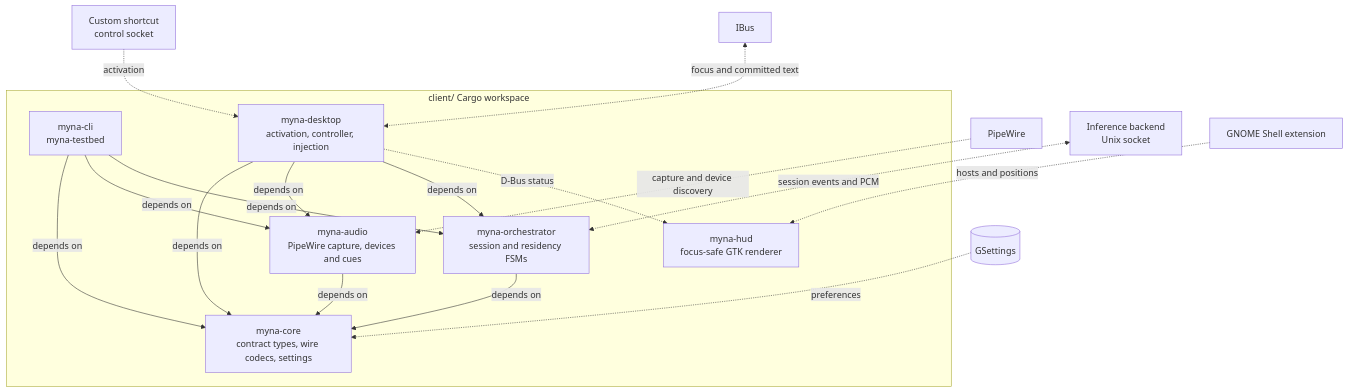
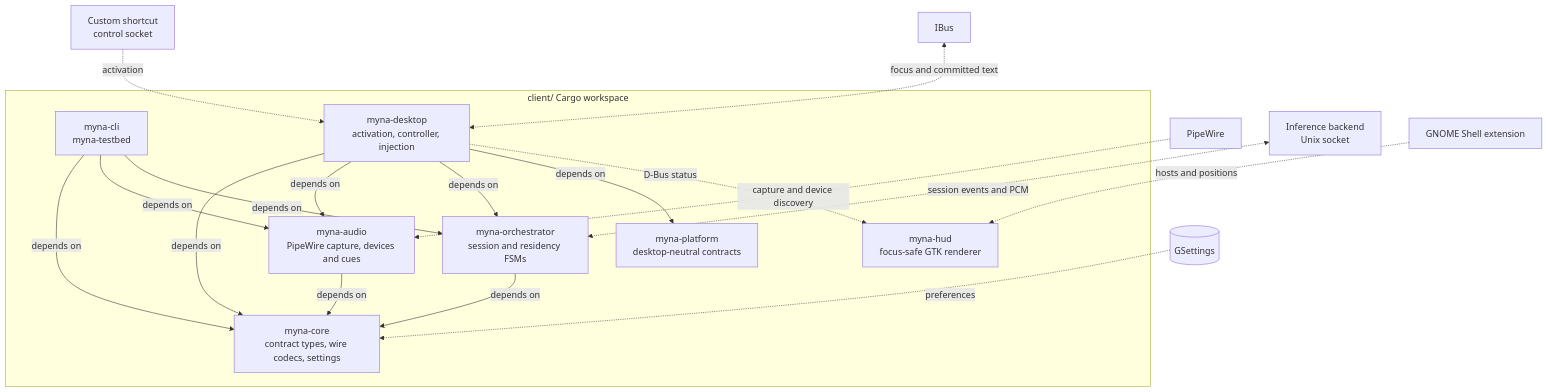
The diagram in client/.kb/crate-architecture.md (canonical/myna), drawn with Mermaid before and after one commit. The commit also changed other lines of this file and 3 other files, not shown here.

````diff
--- a/client/.kb/crate-architecture.md
+++ b/client/.kb/crate-architecture.md
@@ -11,28 +11,30 @@
 ```mermaid
 flowchart TB
     subgraph workspace["client/ Cargo workspace"]
         core["myna-core<br/>contract types, wire codecs, settings"]
+        platform["myna-platform<br/>desktop-neutral contracts"]
         audio["myna-audio<br/>PipeWire capture, devices and cues"]
         orchestrator["myna-orchestrator<br/>session and residency FSMs"]
         cli["myna-cli<br/>myna-testbed"]
         desktop["myna-desktop<br/>activation, controller, injection"]
         hud["myna-hud<br/>focus-safe GTK renderer"]
 
         audio -->|"depends on"| core
         orchestrator -->|"depends on"| core
         cli -->|"depends on"| core
         cli -->|"depends on"| audio
         cli -->|"depends on"| orchestrator
         desktop -->|"depends on"| core
         desktop -->|"depends on"| audio
         desktop -->|"depends on"| orchestrator
+        desktop -->|"depends on"| platform
     end
 
     pipewire["PipeWire"] -.->|"capture and device discovery"| audio
     backend["Inference backend<br/>Unix socket"] <-.->|"session events and PCM"| orchestrator
     gsettings[("GSettings")] -.->|"preferences"| core
     shortcut["Custom shortcut<br/>control socket"] -.->|"activation"| desktop
     ibus["IBus"] <-.->|"focus and committed text"| desktop
     desktop -.->|"D-Bus status"| hud
     shell["GNOME Shell extension"] -.->|"hosts and positions"| hud
 ```
````
